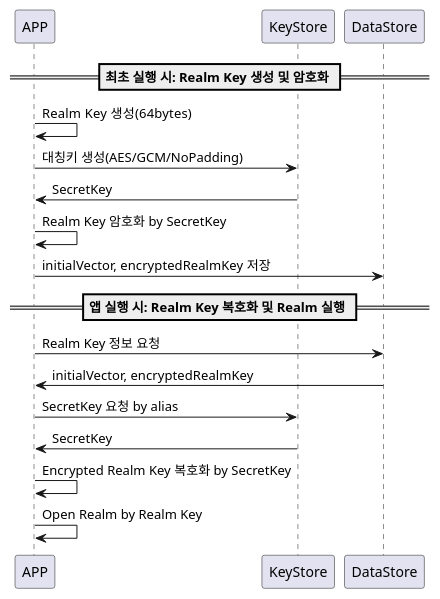
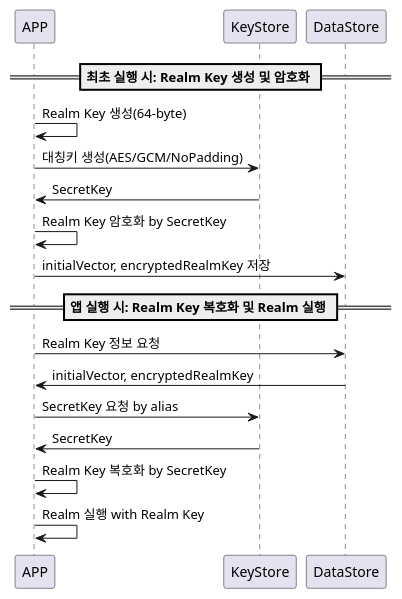
Before and after one commit to Yeechaan/woomansi: the diagram in diagram/RealmKeyEncryptFlow.puml, drawn with PlantUML. The commit also changed 1 other file, not shown here.

```diff
--- a/diagram/RealmKeyEncryptFlow.puml
+++ b/diagram/RealmKeyEncryptFlow.puml
@@ -1,19 +1,19 @@
 @startuml
 'https://plantuml.com/sequence-diagram
 
 == 최초 실행 시: Realm Key 생성 및 암호화 ==
-APP -> APP: Realm Key  생성(64bytes)
+APP -> APP: Realm Key 생성(64-byte)
 APP -> KeyStore: 대칭키 생성(AES/GCM/NoPadding)
 KeyStore -> APP: SecretKey
 APP -> APP: Realm Key 암호화 by SecretKey
 APP -> DataStore: initialVector, encryptedRealmKey 저장
 
 == 앱 실행 시: Realm Key 복호화 및 Realm 실행 ==
 APP -> DataStore: Realm Key 정보 요청
 DataStore -> APP: initialVector, encryptedRealmKey
 APP -> KeyStore: SecretKey 요청 by alias
 KeyStore -> APP: SecretKey
-APP -> APP: Encrypted Realm Key 복호화 by SecretKey
-APP -> APP: Open Realm by Realm Key
+APP -> APP: Realm Key 복호화 by SecretKey
+APP -> APP: Realm 실행 with Realm Key
 
 @enduml
```
